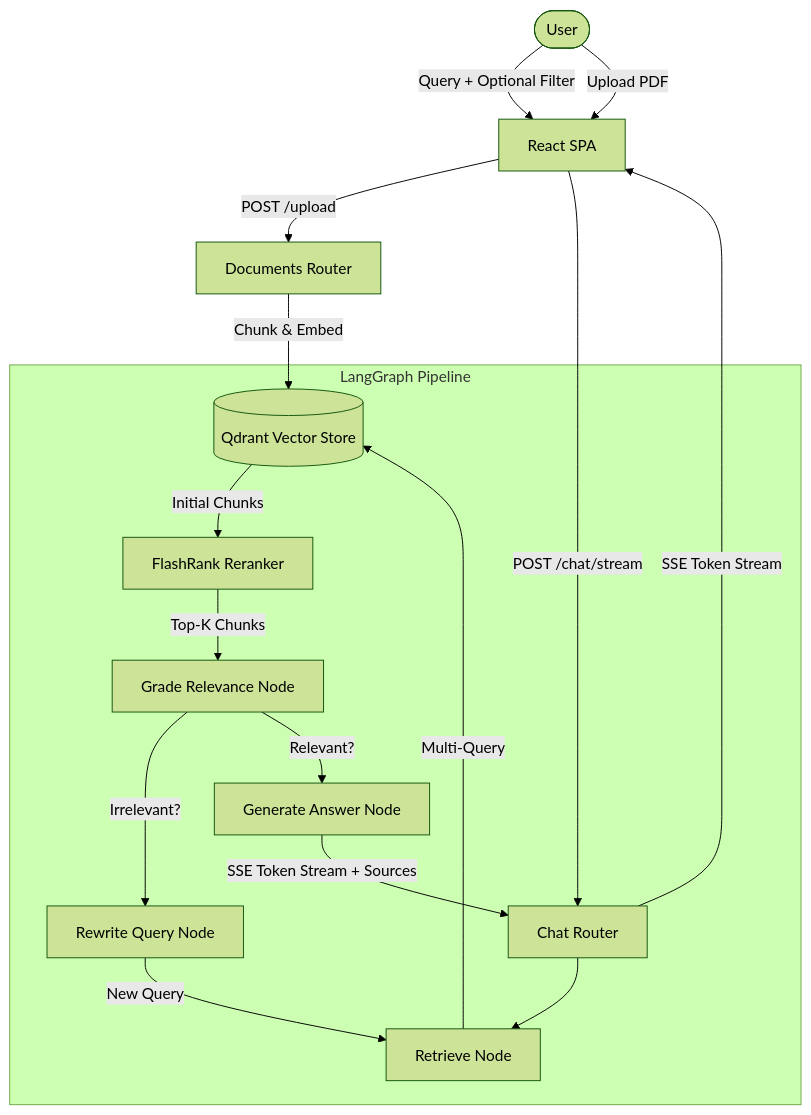
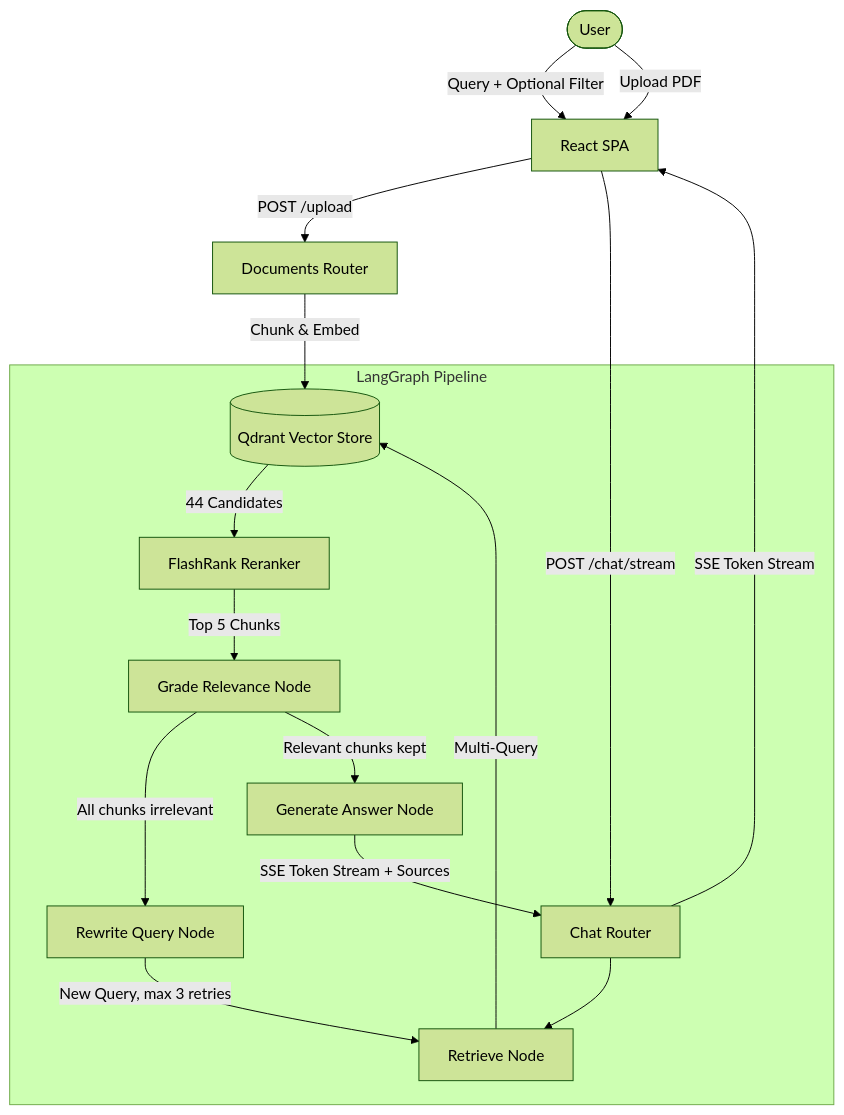
The diagram in README.md (mslabysz/rag-legal-assistant), drawn with Mermaid (forest theme) before and after one commit. The commit also changed other lines of this file and 10 other files, not shown here.

````diff
--- a/README.md
+++ b/README.md
@@ -62,25 +101,25 @@
 ```mermaid
 graph TD
     User([User]) -->|Query + Optional Filter| Frontend[React SPA]
     User -->|Upload PDF| Frontend
-    
+
     Frontend -->|POST /upload| RouterDocs[Documents Router]
     RouterDocs -->|Chunk & Embed| Qdrant[(Qdrant Vector Store)]
-    
+
     Frontend -->|POST /chat/stream| RouterChat[Chat Router]
-    
+
     subgraph LangGraph Pipeline
         RouterChat --> Retrieve[Retrieve Node]
         Retrieve -->|Multi-Query| Qdrant
-        Qdrant -->|Initial Chunks| Reranker[FlashRank Reranker]
-        Reranker -->|Top-K Chunks| Grade[Grade Relevance Node]
-        
-        Grade -->|Irrelevant?| Rewrite[Rewrite Query Node]
-        Rewrite -->|New Query| Retrieve
-        
-        Grade -->|Relevant?| Generate[Generate Answer Node]
+        Qdrant -->|44 Candidates| Reranker[FlashRank Reranker]
+        Reranker -->|Top 5 Chunks| Grade[Grade Relevance Node]
+
+        Grade -->|All chunks irrelevant| Rewrite[Rewrite Query Node]
+        Rewrite -->|New Query, max 3 retries| Retrieve
+
+        Grade -->|Relevant chunks kept| Generate[Generate Answer Node]
     end
-    
+
     Generate -->|SSE Token Stream + Sources| RouterChat
     RouterChat -->|SSE Token Stream| Frontend
 ```
````
